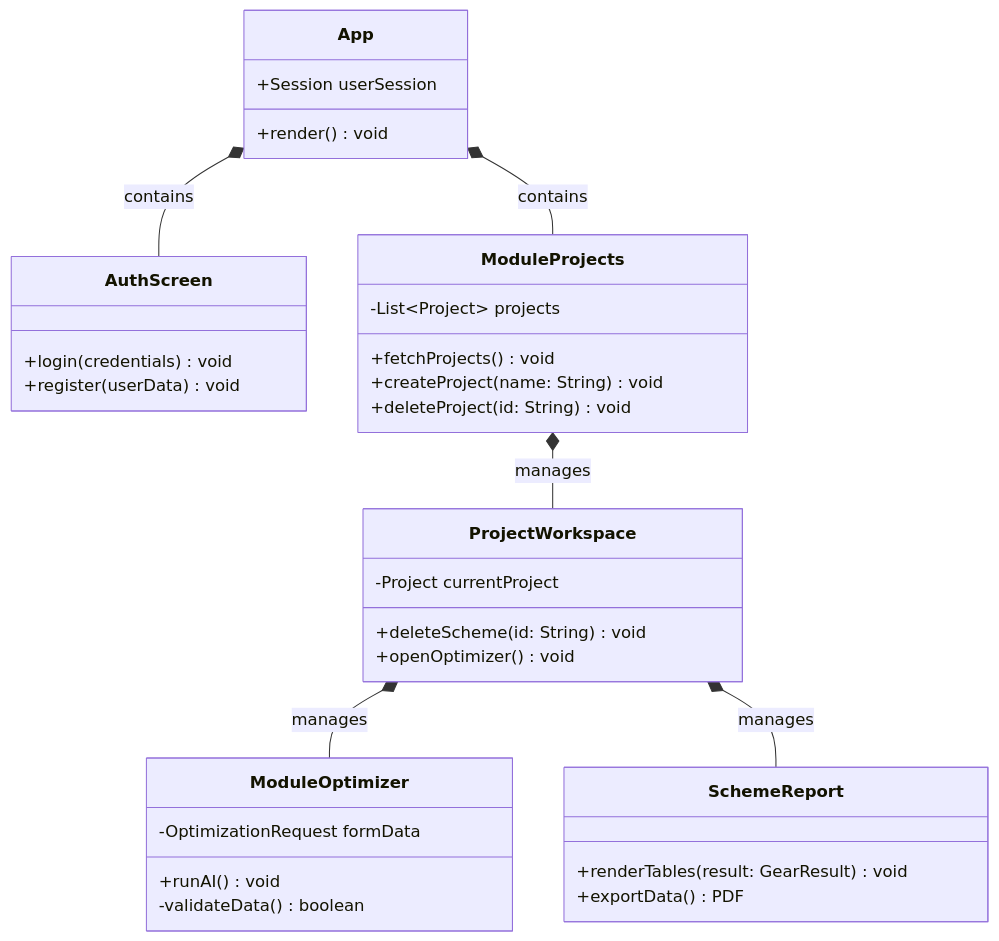
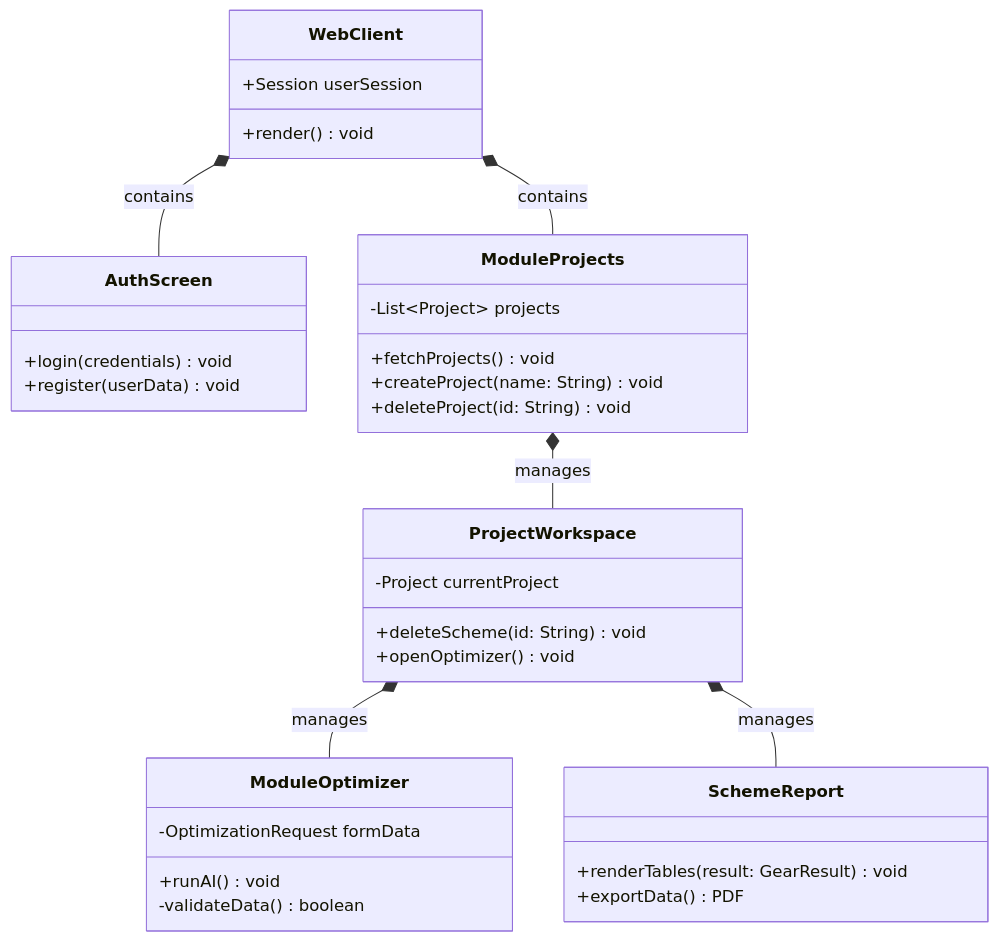
The second of 4 diagrams in README.md (dvydinh/mechdrive), drawn with Mermaid before and after one commit. The commit also changed 1 other file, not shown here.

````diff
--- a/README.md
+++ b/README.md
@@ -100,43 +100,43 @@
 ```mermaid
 %%{init: {'theme': 'default', 'themeVariables': {'background': '#ffffff'}}}%%
 classDiagram
-    class App {
+    class WebClient {
         +Session userSession
         +render() void
     }
     
     class AuthScreen {
         +login(credentials) void
         +register(userData) void
     }
     
     class ModuleProjects {
         -List~Project~ projects
         +fetchProjects() void
         +createProject(name: String) void
         +deleteProject(id: String) void
     }
     
     class ProjectWorkspace {
         -Project currentProject
         +deleteScheme(id: String) void
         +openOptimizer() void
     }
     
     class ModuleOptimizer {
         -OptimizationRequest formData
         +runAI() void
         -validateData() boolean
     }
     
     class SchemeReport {
         +renderTables(result: GearResult) void
         +exportData() PDF
     }
 
-    App *-- AuthScreen : contains
-    App *-- ModuleProjects : contains
+    WebClient *-- AuthScreen : contains
+    WebClient *-- ModuleProjects : contains
     ModuleProjects *-- ProjectWorkspace : manages
     ProjectWorkspace *-- ModuleOptimizer : manages
     ProjectWorkspace *-- SchemeReport : manages
 ```
````
